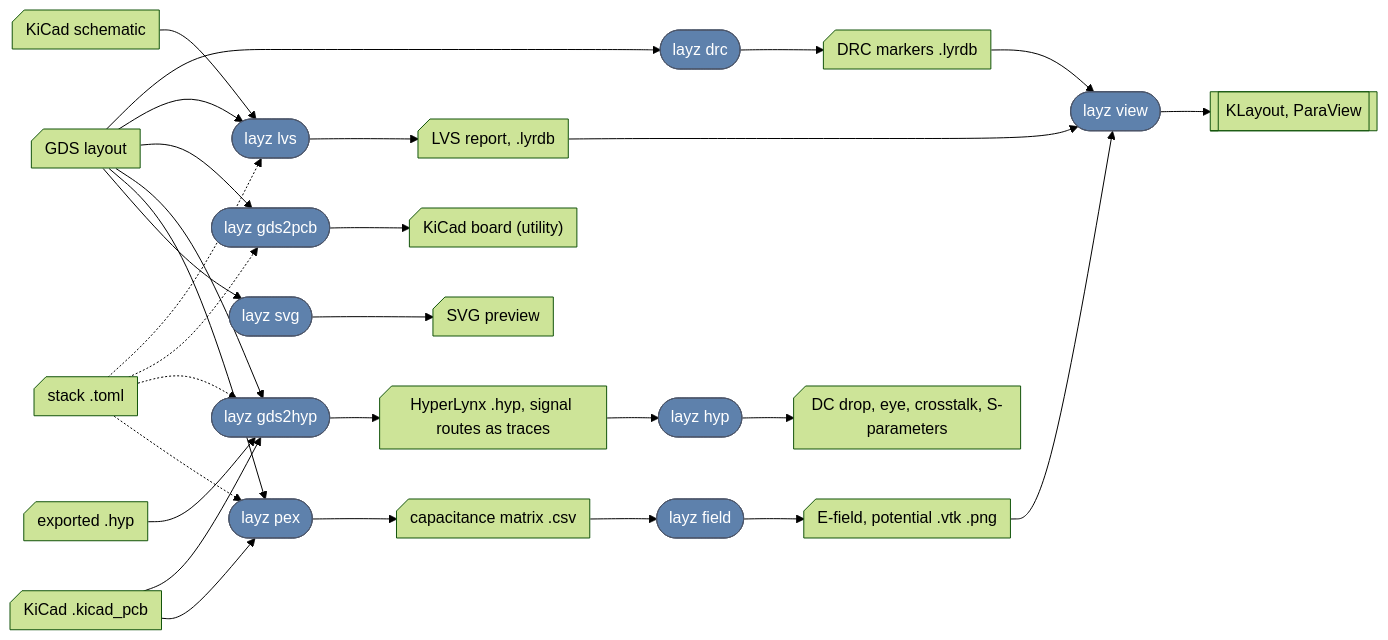
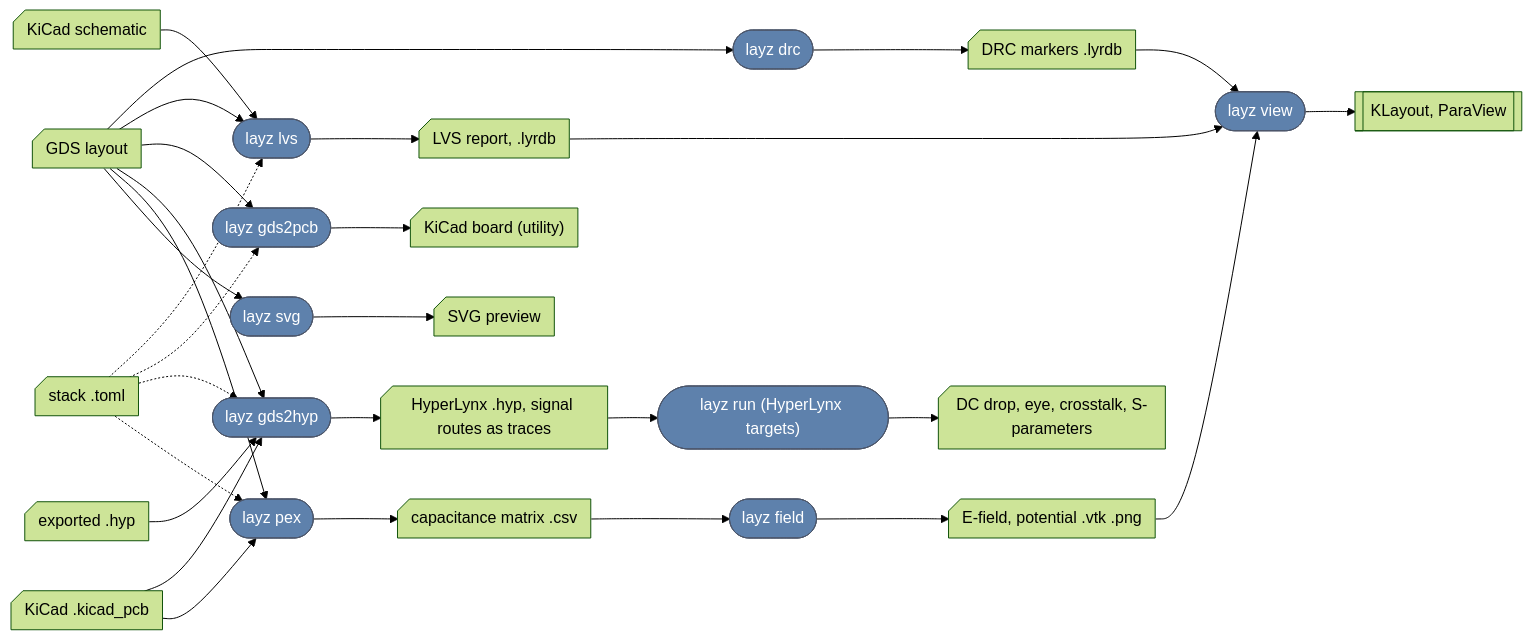
One commit to SiLab-Bonn/layz changed the diagram in readme.md. Above: the diagram before and after it, drawn with Mermaid (forest theme). The commit also changed other lines of this file and 21 other files, not shown here.

````diff
--- a/readme.md
+++ b/readme.md
@@ -25,40 +26,40 @@
 ```mermaid
 flowchart LR
     gds@{ shape: card, label: "GDS layout" }
     sch@{ shape: card, label: "KiCad schematic" }
     stack@{ shape: card, label: "stack .toml" }
     board@{ shape: card, label: "KiCad .kicad_pcb" }
     exthyp@{ shape: card, label: "exported .hyp" }
 
     drc(["layz drc"])
     lvs(["layz lvs"])
     pcb(["layz gds2pcb"])
     hyp(["layz gds2hyp"])
-    hl(["layz hyp"])
+    hl(["layz run (HyperLynx targets)"])
     pex(["layz pex"])
     field(["layz field"])
     svg(["layz svg"])
     view(["layz view"])
 
     drcdb@{ shape: card, label: "DRC markers .lyrdb" }
     lvsdb@{ shape: card, label: "LVS report, .lyrdb" }
     kpcb@{ shape: card, label: "KiCad board (utility)" }
     hypf@{ shape: card, label: "HyperLynx .hyp, signal routes as traces" }
     caps@{ shape: card, label: "capacitance matrix .csv" }
     fld@{ shape: card, label: "E-field, potential .vtk .png" }
     svgf@{ shape: card, label: "SVG preview" }
 
     gds --> drc --> drcdb
     gds & sch --> lvs --> lvsdb
     gds --> pcb --> kpcb
     gds & board & exthyp --> hyp --> hypf
     hypf --> hl --> hlres@{ shape: card, label: "DC drop, eye, crosstalk, S-parameters" }
     gds & board --> pex --> caps
     caps --> field --> fld
     drcdb & lvsdb & fld --> view --> tools[["KLayout, ParaView"]]
     gds --> svg --> svgf
     stack -.-> lvs & pcb & hyp & pex
 
     classDef cmd fill:#5E81AC,stroke:#4C566A,color:#fff
     class drc,lvs,pcb,hyp,hl,pex,field,svg,view cmd
 ```
````
